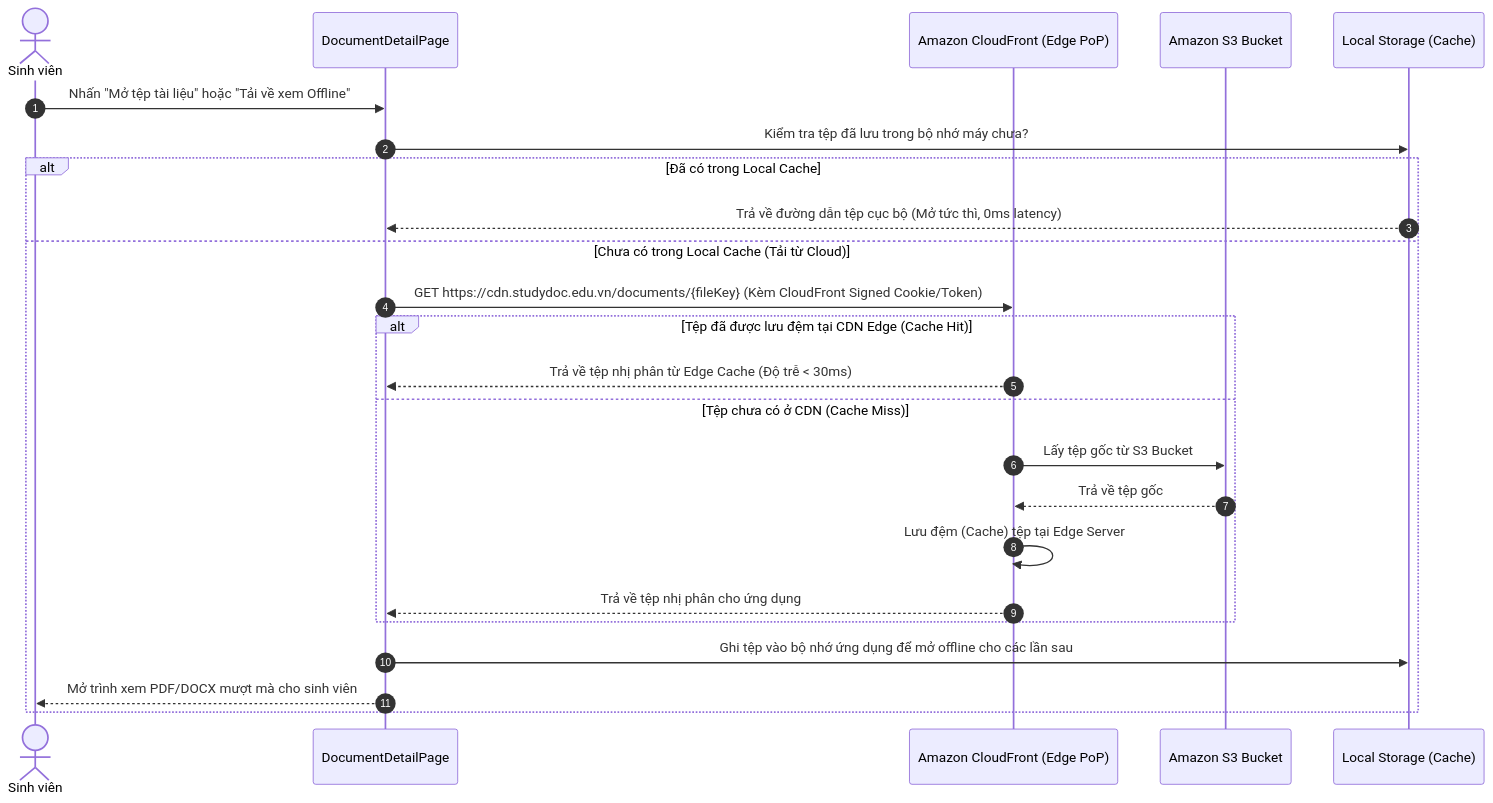
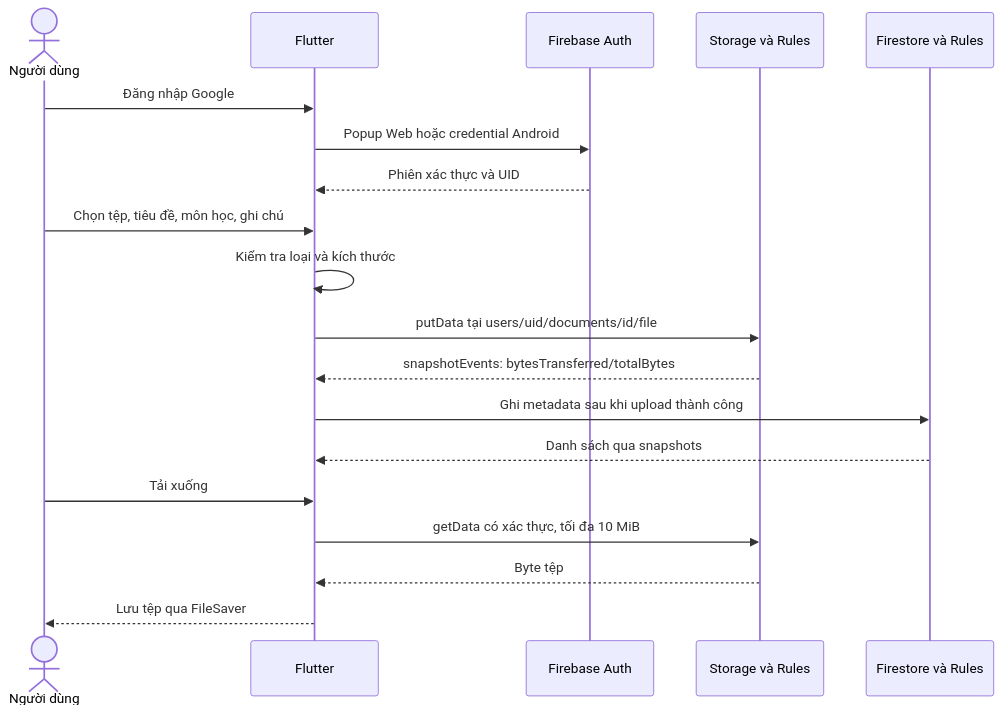
The second of 2 diagrams in PHAN_TICH_TICH_HOP_CLOUD_DMS.md (tungcorn/mobile_th1_qly_hoc_tap), drawn with Mermaid before and after one commit. The commit also changed other lines of this file and 35 other files, not shown here.

First line of the commit message:
feat(cloud): tich hop Firebase Auth Google, Firestore, Storage va slide thuyet trinh

````diff
--- a/PHAN_TICH_TICH_HOP_CLOUD_DMS.md
+++ b/PHAN_TICH_TICH_HOP_CLOUD_DMS.md
@@ -282,27 +111,21 @@
 ```mermaid
 sequenceDiagram
-    autonumber
-    actor SV as Sinh viên
-    participant App as DocumentDetailPage
-    participant CDN as Amazon CloudFront (Edge PoP)
-    participant S3 as Amazon S3 Bucket
-    participant Local as Local Storage (Cache)
-
-    SV->>App: Nhấn "Mở tệp tài liệu" hoặc "Tải về xem Offline"
-    App->>Local: Kiểm tra tệp đã lưu trong bộ nhớ máy chưa?
-    alt Đã có trong Local Cache
-        Local-->>App: Trả về đường dẫn tệp cục bộ (Mở tức thì, 0ms latency)
-    else Chưa có trong Local Cache (Tải từ Cloud)
-        App->>CDN: GET https://cdn.studydoc.edu.vn/documents/{fileKey} (Kèm CloudFront Signed Cookie/Token)
-        alt Tệp đã được lưu đệm tại CDN Edge (Cache Hit)
-            CDN-->>App: Trả về tệp nhị phân từ Edge Cache (Độ trễ < 30ms)
-        else Tệp chưa có ở CDN (Cache Miss)
-            CDN->>S3: Lấy tệp gốc từ S3 Bucket
-            S3-->>CDN: Trả về tệp gốc
-            CDN->>CDN: Lưu đệm (Cache) tệp tại Edge Server
-            CDN-->>App: Trả về tệp nhị phân cho ứng dụng
-        end
-        App->>Local: Ghi tệp vào bộ nhớ ứng dụng để mở offline cho các lần sau
-        App-->>SV: Mở trình xem PDF/DOCX mượt mà cho sinh viên
-    end
+    actor SV as Người dùng
+    participant App as Flutter
+    participant Auth as Firebase Auth
+    participant ST as Storage và Rules
+    participant FS as Firestore và Rules
+    SV->>App: Đăng nhập Google
+    App->>Auth: Popup Web hoặc credential Android
+    Auth-->>App: Phiên xác thực và UID
+    SV->>App: Chọn tệp, tiêu đề, môn học, ghi chú
+    App->>App: Kiểm tra loại và kích thước
+    App->>ST: putData tại users/uid/documents/id/file
+    ST-->>App: snapshotEvents: bytesTransferred/totalBytes
+    App->>FS: Ghi metadata sau khi upload thành công
+    FS-->>App: Danh sách qua snapshots
+    SV->>App: Tải xuống
+    App->>ST: getData có xác thực, tối đa 10 MiB
+    ST-->>App: Byte tệp
+    App-->>SV: Lưu tệp qua FileSaver
 ```
````
